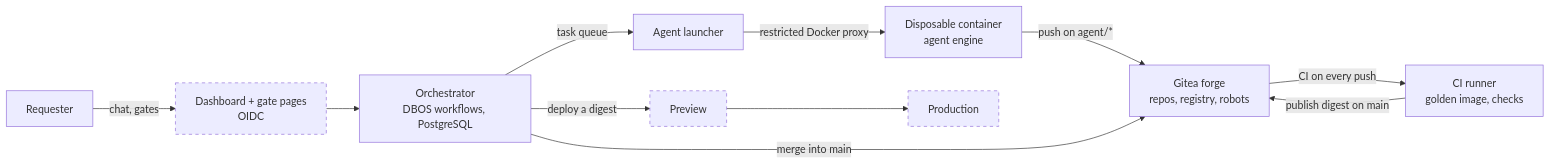
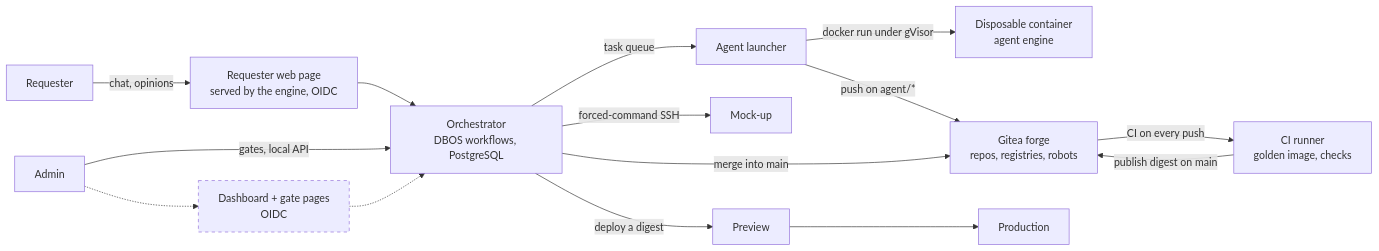
Before and after one commit to EupaDev-hq/eupadev: the diagram in docs/architecture.md, drawn with Mermaid. The commit also changed other lines of this file and 228 other files, not shown here.

````diff
--- a/docs/architecture.md
+++ b/docs/architecture.md
@@ -33,14 +32,17 @@
 ```mermaid
 flowchart LR
-    R[Requester] -->|chat, gates| D[Dashboard + gate pages<br/>OIDC]
-    D --> O[Orchestrator<br/>DBOS workflows, PostgreSQL]
+    R[Requester] -->|chat, opinions| W[Requester web page<br/>served by the engine, OIDC]
+    W --> O[Orchestrator<br/>DBOS workflows, PostgreSQL]
+    A[Admin] -->|gates, local API| O
+    A -.-> D[Dashboard + gate pages<br/>OIDC] -.-> O
     O -->|task queue| L[Agent launcher]
-    L -->|restricted Docker proxy| C[Disposable container<br/>agent engine]
-    C -->|push on agent/*| G[Gitea forge<br/>repos, registry, robots]
+    L -->|docker run under gVisor| C[Disposable container<br/>agent engine]
+    L -->|push on agent/*| G[Gitea forge<br/>repos, registries, robots]
     O -->|merge into main| G
     G -->|CI on every push| CI[CI runner<br/>golden image, checks]
     CI -->|publish digest on main| G
+    O -->|forced-command SSH| M[Mock-up]
     O -->|deploy a digest| P[Preview] --> Prod[Production]
     classDef todo stroke-dasharray: 5 5
-    class D,P,Prod todo
+    class D todo
 ```
````
